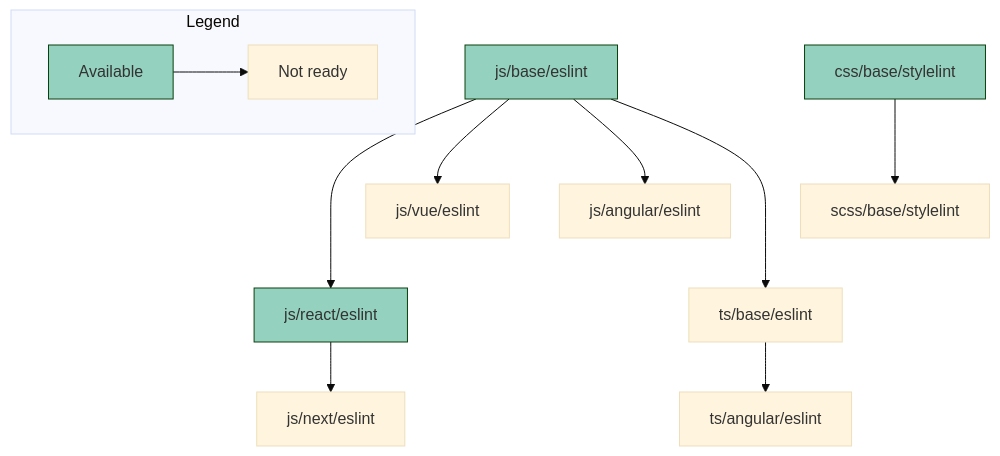
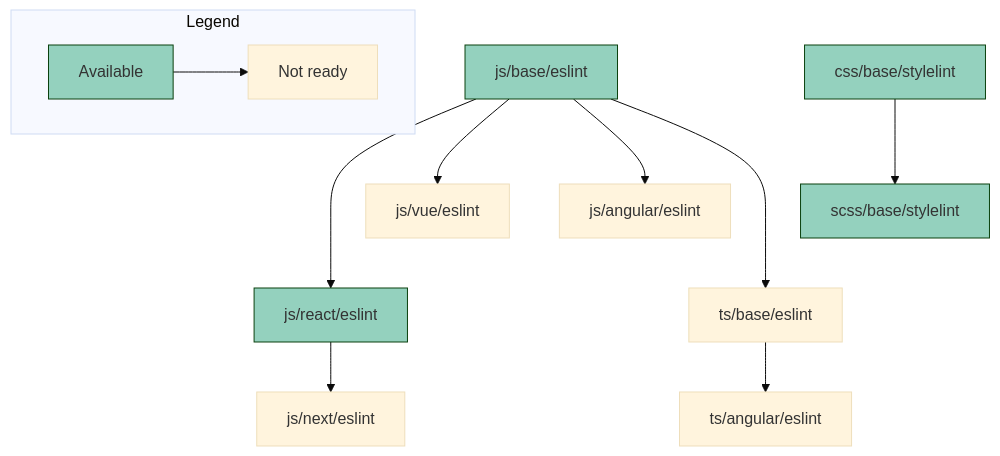
Before and after one commit to MAARK/code-config: the diagram in README.md, drawn with Mermaid. The commit also changed other lines of this file, not shown here.

Commit message:
Update availability in diagram

````diff
--- a/README.md
+++ b/README.md
@@ -13,17 +13,17 @@
 ```mermaid
 %%{init: {'theme':'base'}}%%
 graph TD
     subgraph Legend
         L1[Available]:::available --> L2[Not ready]
     end
 
     A[js/base/eslint]:::available ---> B[js/react/eslint]:::available
     A --> js/vue/eslint
     A --> js/angular/eslint
     B --> js/next/eslint
-    C[css/base/stylelint]:::available --> scss/base/stylelint
+    C[css/base/stylelint]:::available --> scss/base/stylelint:::available
     A ---> D[ts/base/eslint]
     D --> ts/angular/eslint
 
     classDef available stroke:#0B410E,fill:#94D1BE
 ```
````
